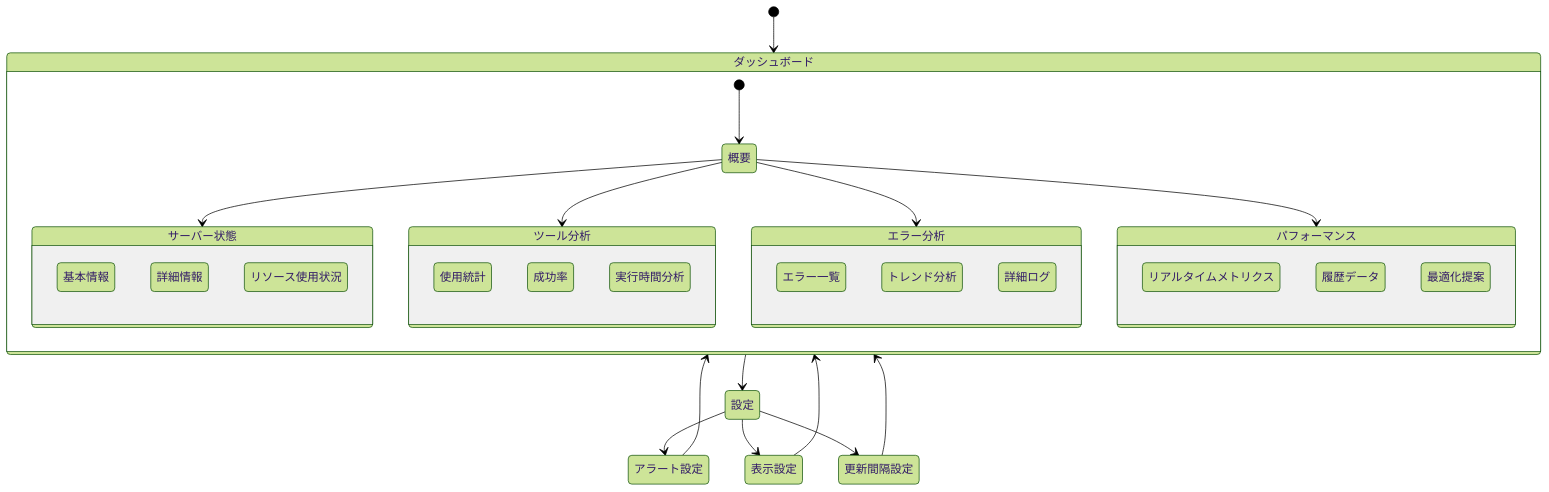
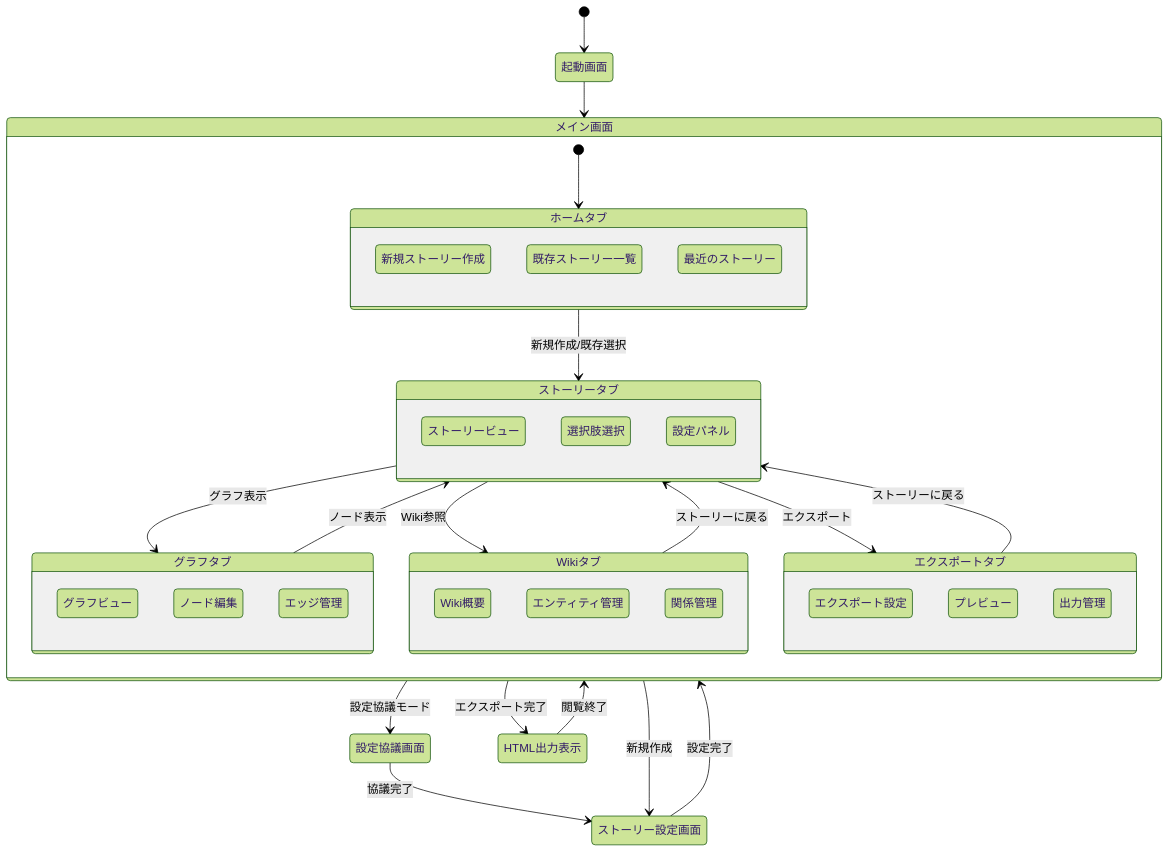
The seventh of 9 diagrams in docs/APP_FLOW.md (NewAITees/FableMaze), drawn with Mermaid (forest theme) before and after one commit. The commit also changed other lines of this file and 6 other files, not shown here.

````diff
--- a/docs/APP_FLOW.md
+++ b/docs/APP_FLOW.md
@@ -691,45 +213,57 @@
 ```mermaid
 stateDiagram-v2
-    [*] --> ダッシュボード
+    [*] --> 起動画面
+    起動画面 --> メイン画面
     
-    state ダッシュボード {
-        [*] --> 概要
-        概要 --> サーバー状態
-        概要 --> ツール分析
-        概要 --> エラー分析
-        概要 --> パフォーマンス
+    state メイン画面 {
+        [*] --> ホームタブ
         
-        state サーバー状態 {
-            基本情報
-            詳細情報
-            リソース使用状況
+        state ホームタブ {
+            新規ストーリー作成
+            既存ストーリー一覧
+            最近のストーリー
         }
         
-        state ツール分析 {
-            使用統計
-            成功率
-            実行時間分析
+        state ストーリータブ {
+            ストーリービュー
+            選択肢選択
+            設定パネル
         }
         
-        state エラー分析 {
-            エラー一覧
-            トレンド分析
-            詳細ログ
+        state グラフタブ {
+            グラフビュー
+            ノード編集
+            エッジ管理
         }
         
-        state パフォーマンス {
-            リアルタイムメトリクス
-            履歴データ
-            最適化提案
+        state Wikiタブ {
+            Wiki概要
+            エンティティ管理
+            関係管理
         }
+        
+        state エクスポートタブ {
+            エクスポート設定
+            プレビュー
+            出力管理
+        }
+        
+        ホームタブ --> ストーリータブ: 新規作成/既存選択
+        ストーリータブ --> グラフタブ: グラフ表示
+        ストーリータブ --> Wikiタブ: Wiki参照
+        ストーリータブ --> エクスポートタブ: エクスポート
+        
+        グラフタブ --> ストーリータブ: ノード表示
+        Wikiタブ --> ストーリータブ: ストーリーに戻る
+        エクスポートタブ --> ストーリータブ: ストーリーに戻る
     }
     
-    ダッシュボード --> 設定
-    設定 --> アラート設定
-    設定 --> 表示設定
-    設定 --> 更新間隔設定
+    メイン画面 --> ストーリー設定画面: 新規作成
+    ストーリー設定画面 --> メイン画面: 設定完了
     
-    アラート設定 --> ダッシュボード
-    表示設定 --> ダッシュボード
-    更新間隔設定 --> ダッシュボード
+    メイン画面 --> 設定協議画面: 設定協議モード
+    設定協議画面 --> ストーリー設定画面: 協議完了
+    
+    メイン画面 --> HTML出力表示: エクスポート完了
+    HTML出力表示 --> メイン画面: 閲覧終了
 ```
````
